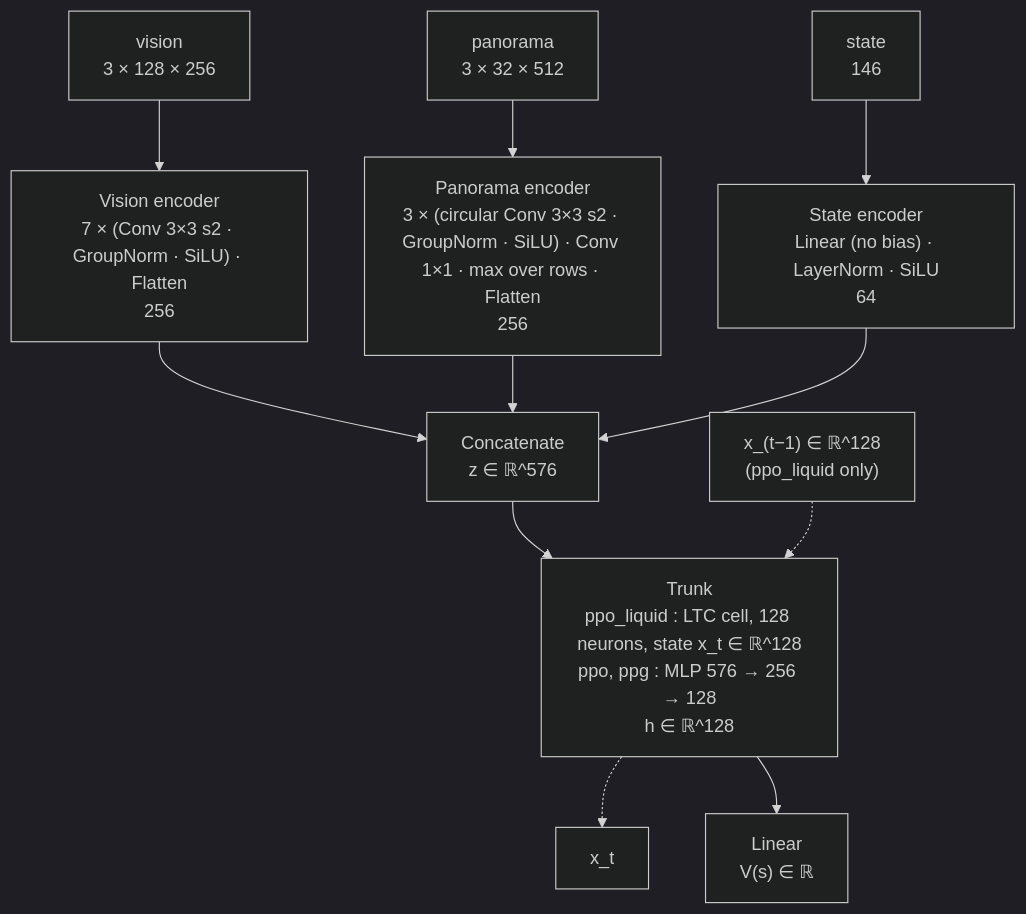
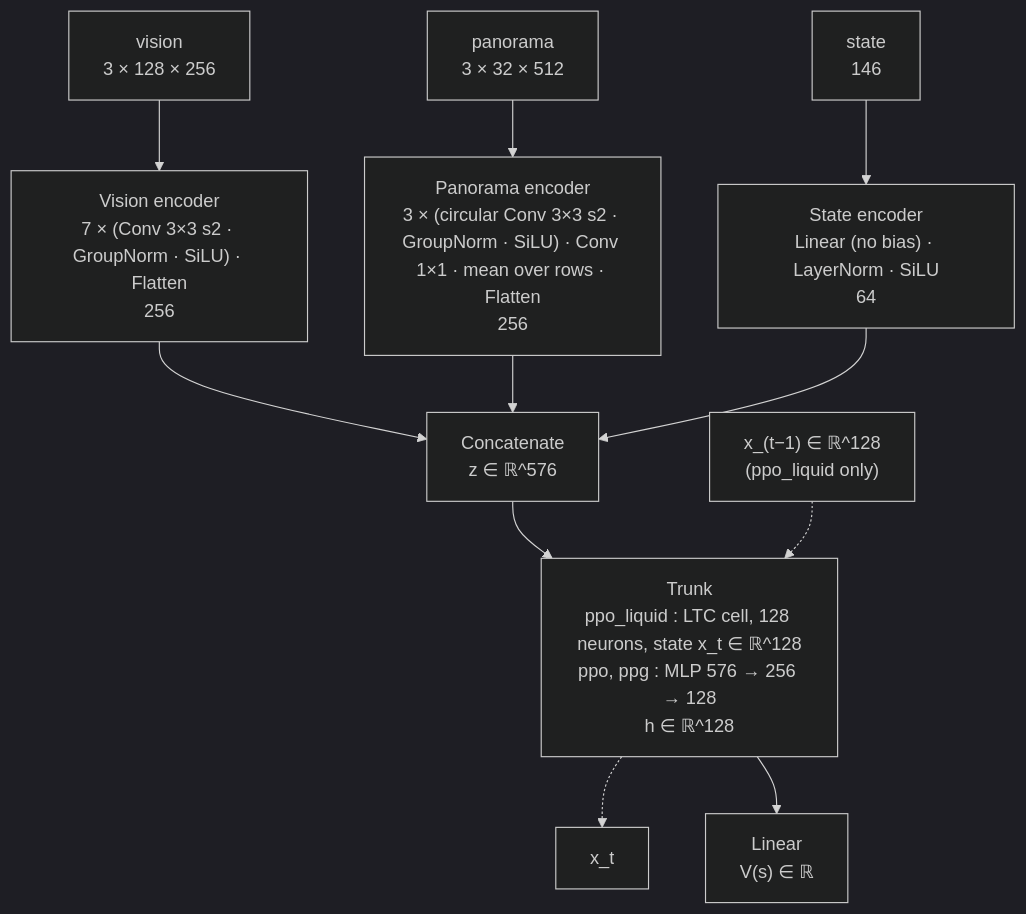
The second of 4 diagrams in docs/neural_architecture.md (Ipsedo/ArenAI), drawn with Mermaid (dark theme) before and after one commit. The commit also changed other lines of this file and 2 other files, not shown here.

Commit message:
feat(agent): aggregate the panorama feature map by the mean over rows

````diff
--- a/docs/neural_architecture.md
+++ b/docs/neural_architecture.md
@@ -89,16 +89,16 @@
 ```mermaid
 flowchart TB
     V["vision<br/>3 × 128 × 256"] --> VE["Vision encoder<br/>7 × (Conv 3×3 s2 · GroupNorm · SiLU) · Flatten<br/>256"]
-    P["panorama<br/>3 × 32 × 512"] --> PE["Panorama encoder<br/>3 × (circular Conv 3×3 s2 · GroupNorm · SiLU) · Conv 1×1 · max over rows · Flatten<br/>256"]
+    P["panorama<br/>3 × 32 × 512"] --> PE["Panorama encoder<br/>3 × (circular Conv 3×3 s2 · GroupNorm · SiLU) · Conv 1×1 · mean over rows · Flatten<br/>256"]
     S["state<br/>146"] --> SE["State encoder<br/>Linear (no bias) · LayerNorm · SiLU<br/>64"]
 
     VE --> CAT["Concatenate<br/>z ∈ ℝ^576"]
     PE --> CAT
     SE --> CAT
 
     CAT --> TRUNK["Trunk<br/>ppo_liquid : LTC cell, 128 neurons, state x_t ∈ ℝ^128<br/>ppo, ppg : MLP 576 → 256 → 128<br/>h ∈ ℝ^128"]
     X["x_(t−1) ∈ ℝ^128<br/>(ppo_liquid only)"] -.-> TRUNK
     TRUNK -.-> XN["x_t"]
 
     TRUNK --> VAL["Linear<br/>V(s) ∈ ℝ"]
 ```
````
